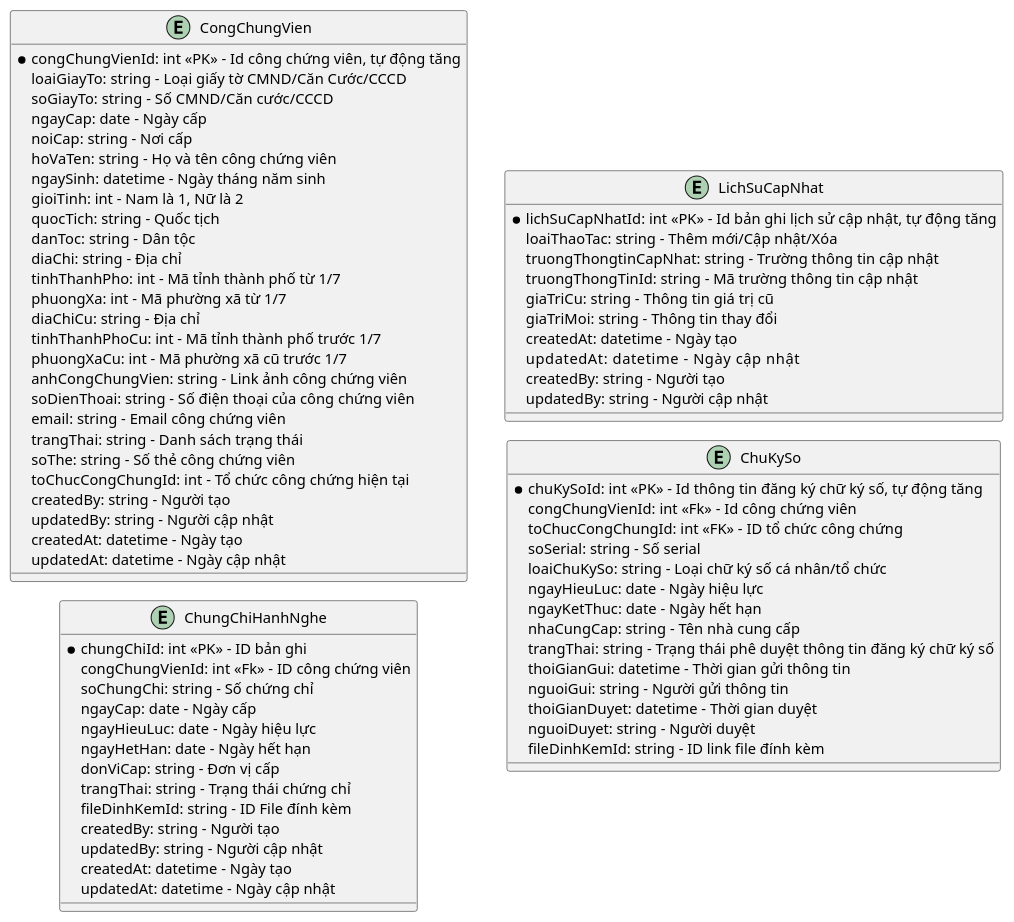
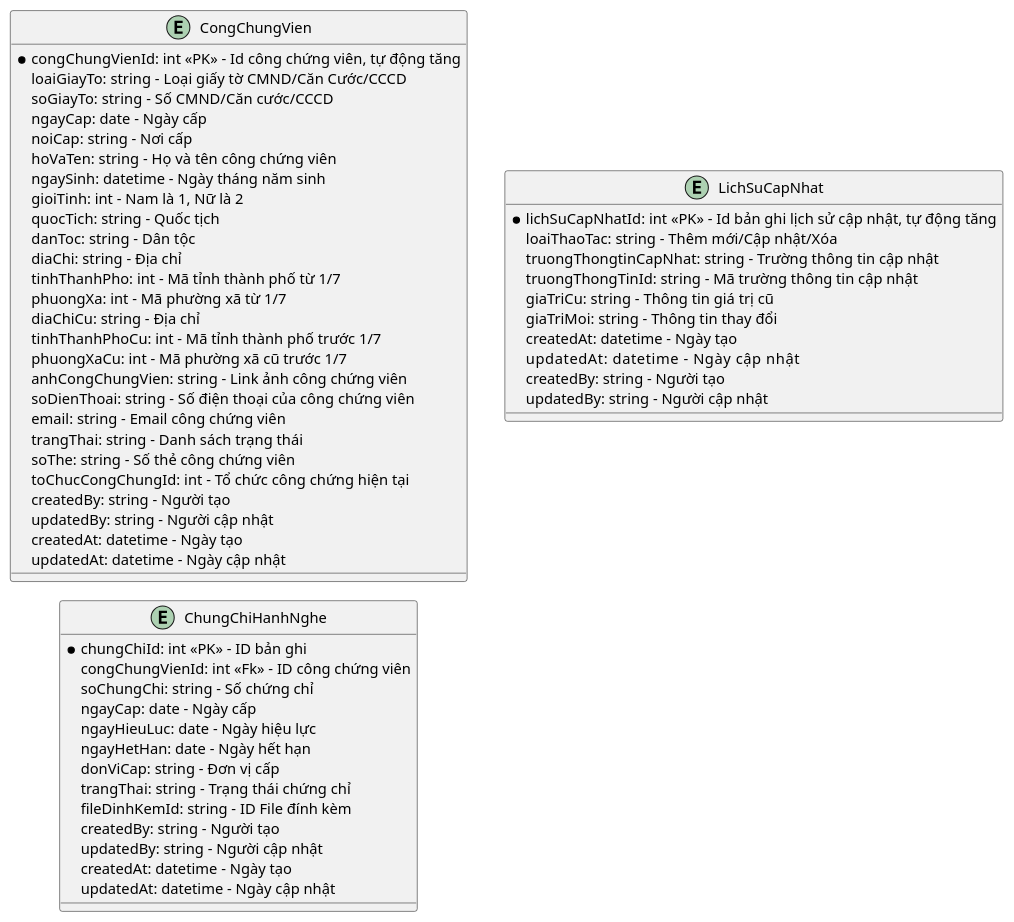
Before and after one commit to phuongpm23/nds-docs-test: the diagram in ba/[NDS-E-00046] Quản lý thông tin công chứng viên/3.ldm.puml, drawn with PlantUML. The commit also changed 7 other files, not shown here.

```diff
--- a/ba/[NDS-E-00046] Quản lý thông tin công chứng viên/3.ldm.puml
+++ b/ba/[NDS-E-00046] Quản lý thông tin công chứng viên/3.ldm.puml
@@ -1,86 +1,68 @@
 @startuml ldm
 !pragma layout smetana
 left to right direction
 
 entity CongChungVien
 entity ChungChiHanhNghe
 entity LichSuCapNhat
-entity ChuKySo
 
 entity CongChungVien {
   *congChungVienId: int <<PK>> - Id công chứng viên, tự động tăng
   loaiGiayTo: string - Loại giấy tờ CMND/Căn Cước/CCCD
   soGiayTo: string - Số CMND/Căn cước/CCCD 
   ngayCap: date - Ngày cấp
   noiCap: string - Nơi cấp
   hoVaTen: string - Họ và tên công chứng viên
   ngaySinh: datetime - Ngày tháng năm sinh
   gioiTinh: int - Nam là 1, Nữ là 2
   quocTich: string - Quốc tịch
   danToc: string - Dân tộc
   diaChi: string - Địa chỉ
   tinhThanhPho: int - Mã tỉnh thành phố từ 1/7
   phuongXa: int - Mã phường xã từ 1/7
   diaChiCu: string - Địa chỉ
   tinhThanhPhoCu: int - Mã tỉnh thành phố trước 1/7
   phuongXaCu: int - Mã phường xã cũ trước 1/7
   anhCongChungVien: string - Link ảnh công chứng viên
   soDienThoai: string - Số điện thoại của công chứng viên
   email: string - Email công chứng viên
   trangThai: string - Danh sách trạng thái
   soThe: string - Số thẻ công chứng viên
   toChucCongChungId: int - Tổ chức công chứng hiện tại
   createdBy: string - Người tạo
   updatedBy: string - Người cập nhật
   createdAt: datetime - Ngày tạo
   updatedAt: datetime - Ngày cập nhật
   
 }
 
 entity ChungChiHanhNghe {
   *chungChiId: int <<PK>> - ID bản ghi
   congChungVienId: int <<Fk>> - ID công chứng viên
   soChungChi: string - Số chứng chỉ
   ngayCap: date - Ngày cấp
   ngayHieuLuc: date - Ngày hiệu lực
   ngayHetHan: date - Ngày hết hạn
   donViCap: string - Đơn vị cấp
   trangThai: string - Trạng thái chứng chỉ
   fileDinhKemId: string - ID File đính kèm
   createdBy: string - Người tạo
   updatedBy: string - Người cập nhật
   createdAt: datetime - Ngày tạo
   updatedAt: datetime - Ngày cập nhật
 }
 
-entity ChuKySo {
-  *chuKySoId: int <<PK>> - Id thông tin đăng ký chữ ký số, tự động tăng
-  congChungVienId: int <<Fk>> - Id công chứng viên
-  toChucCongChungId: int <<FK>> - ID tổ chức công chứng
-  soSerial: string - Số serial
-  loaiChuKySo: string - Loại chữ ký số cá nhân/tổ chức
-  ngayHieuLuc: date - Ngày hiệu lực
-  ngayKetThuc: date - Ngày hết hạn
-  nhaCungCap: string - Tên nhà cung cấp
-  trangThai: string - Trạng thái phê duyệt thông tin đăng ký chữ ký số
-  thoiGianGui: datetime - Thời gian gửi thông tin
-  nguoiGui: string - Người gửi thông tin
-  thoiGianDuyet: datetime - Thời gian duyệt
-  nguoiDuyet: string - Người duyệt
-  fileDinhKemId: string - ID link file đính kèm
-}
-
 entity LichSuCapNhat {
   *lichSuCapNhatId: int <<PK>> - Id bản ghi lịch sử cập nhật, tự động tăng
   loaiThaoTac: string - Thêm mới/Cập nhật/Xóa
   truongThongtinCapNhat: string - Trường thông tin cập nhật
   truongThongTinId: string - Mã trường thông tin cập nhật
   giaTriCu: string - Thông tin giá trị cũ
   giaTriMoi: string - Thông tin thay đổi
   createdAt: datetime - Ngày tạo
   updatedAt: datetime      - Ngày cập nhật
   createdBy: string - Người tạo
   updatedBy: string - Người cập nhật
 }
 
 @enduml
```
